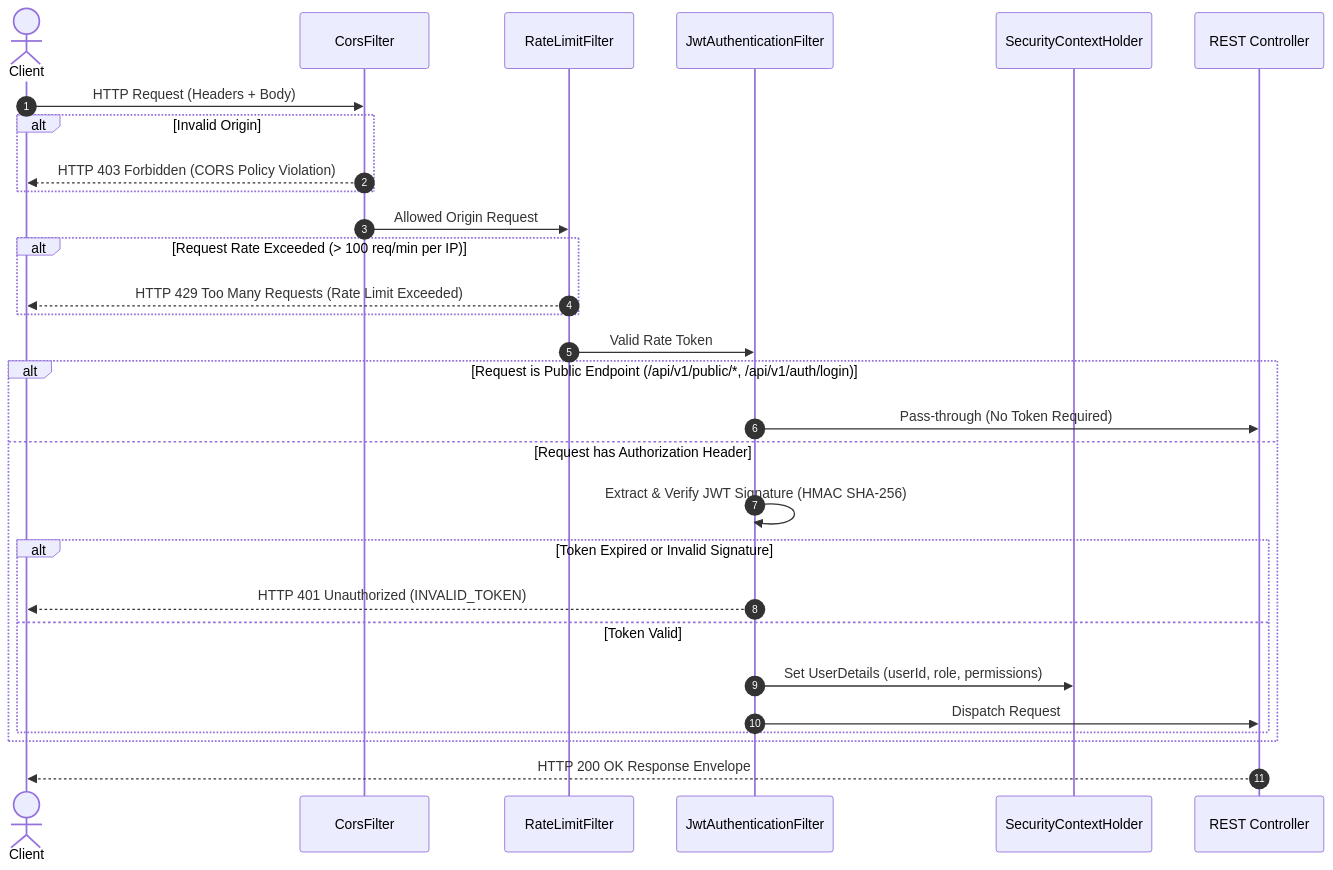
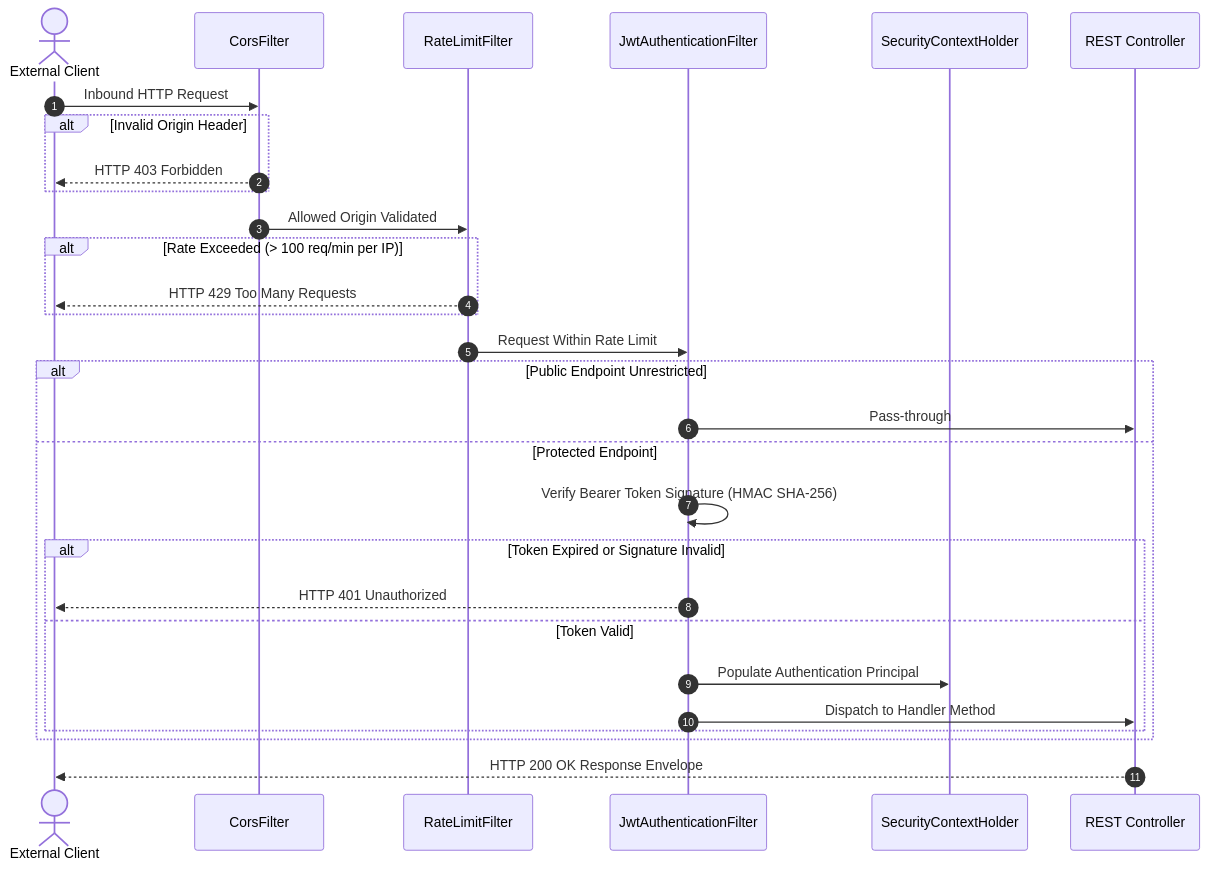
One commit to The-MC-Hub/MC_Voice_Training_Backend changed the second of 2 diagrams in docs/architecture/SYSTEM_OVERVIEW.md. Above: the diagram before and after it, drawn with Mermaid. The commit also changed other lines of this file, not shown here.

Commit message:
docs: standardize System Architecture Overview to IEEE 1016-2009 technical specification format

````diff
--- a/docs/architecture/SYSTEM_OVERVIEW.md
+++ b/docs/architecture/SYSTEM_OVERVIEW.md
@@ -97,32 +98,32 @@
 ```mermaid
 sequenceDiagram
     autonumber
-    actor Client
+    actor Client as External Client
     participant CORS as CorsFilter
     participant RL as RateLimitFilter
     participant JWT as JwtAuthenticationFilter
     participant SecCtx as SecurityContextHolder
     participant Ctrl as REST Controller
 
-    Client->>CORS: HTTP Request (Headers + Body)
-    alt Invalid Origin
-        CORS-->>Client: HTTP 403 Forbidden (CORS Policy Violation)
+    Client->>CORS: Inbound HTTP Request
+    alt Invalid Origin Header
+        CORS-->>Client: HTTP 403 Forbidden
     end
-    CORS->>RL: Allowed Origin Request
-    alt Request Rate Exceeded (> 100 req/min per IP)
-        RL-->>Client: HTTP 429 Too Many Requests (Rate Limit Exceeded)
+    CORS->>RL: Allowed Origin Validated
+    alt Rate Exceeded (> 100 req/min per IP)
+        RL-->>Client: HTTP 429 Too Many Requests
     end
-    RL->>JWT: Valid Rate Token
-    alt Request is Public Endpoint (/api/v1/public/*, /api/v1/auth/login)
-        JWT->>Ctrl: Pass-through (No Token Required)
-    else Request has Authorization Header
-        JWT->>JWT: Extract & Verify JWT Signature (HMAC SHA-256)
-        alt Token Expired or Invalid Signature
-            JWT-->>Client: HTTP 401 Unauthorized (INVALID_TOKEN)
+    RL->>JWT: Request Within Rate Limit
+    alt Public Endpoint Unrestricted
+        JWT->>Ctrl: Pass-through
+    else Protected Endpoint
+        JWT->>JWT: Verify Bearer Token Signature (HMAC SHA-256)
+        alt Token Expired or Signature Invalid
+            JWT-->>Client: HTTP 401 Unauthorized
         else Token Valid
-            JWT->>SecCtx: Set UserDetails (userId, role, permissions)
-            JWT->>Ctrl: Dispatch Request
+            JWT->>SecCtx: Populate Authentication Principal
+            JWT->>Ctrl: Dispatch to Handler Method
         end
     end
     Ctrl-->>Client: HTTP 200 OK Response Envelope
 ```
````
